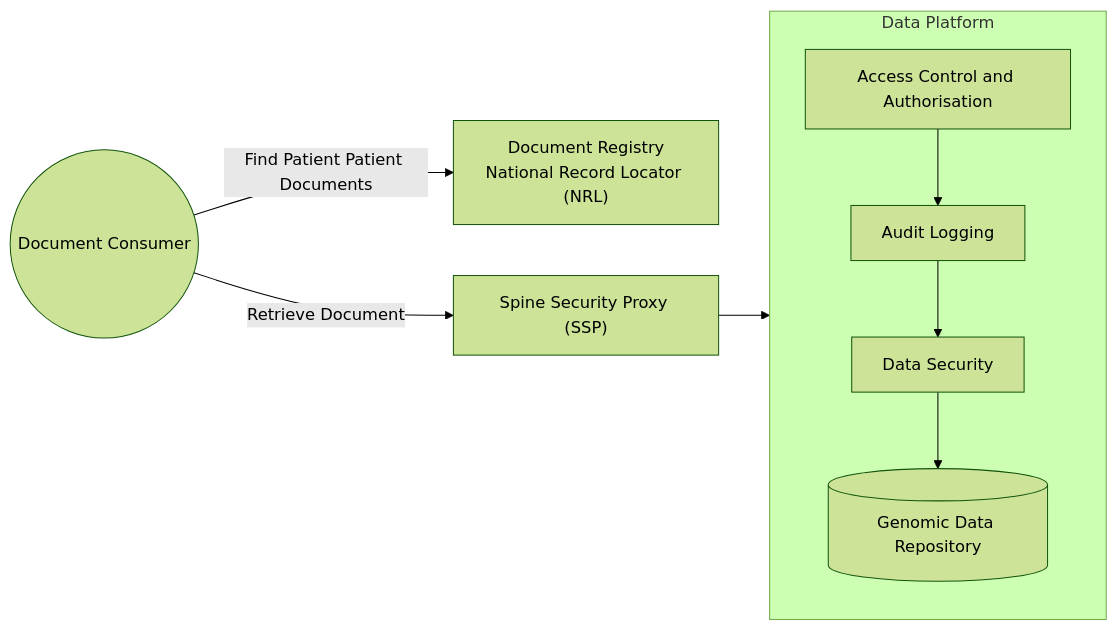
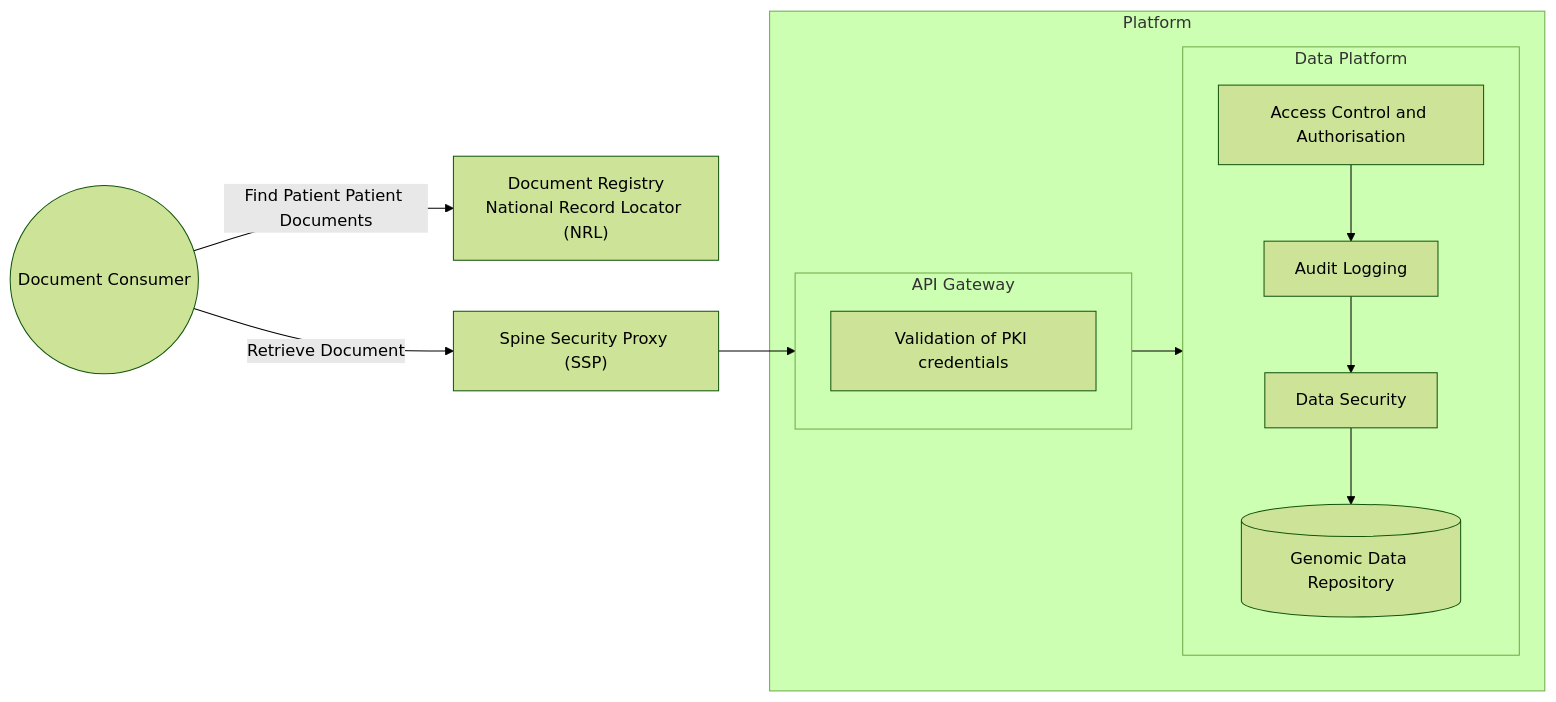
Before and after one commit to uk-gov-mirror/nw-gmsa.nw-gmsa.github.com: the fourth of 4 diagrams in input/pagecontent/api-security.md, drawn with Mermaid (forest theme). The commit also changed other lines of this file, not shown here.

````diff
--- a/input/pagecontent/api-security.md
+++ b/input/pagecontent/api-security.md
@@ -155,27 +161,32 @@
 ```mermaid
 graph LR
 
 consumer((Document Consumer))
 
 registry["Document Registry<br/>National Record Locator (NRL)"]
 
 
 SSP["Spine Security Proxy (SSP)"]
 
-
+subgraph Platform 
+subgraph APIGateway[API Gateway]
+  PKI[Validation of PKI credentials]
+end
 subgraph DataPlatform[Data Platform]
     auth[Access Control and Authorisation]
     audit1[Audit Logging]
     data[Data Security]
     api[(Genomic Data Repository)]
 end
+end 
 
 consumer --> |Find Patient Patient Documents| registry
 consumer --> |Retrieve Document| SSP
 
-SSP --> DataPlatform
+SSP --> APIGateway
+APIGateway --> DataPlatform
 
 auth --> audit1
 audit1 --> data 
 data --> api
 ```
````
